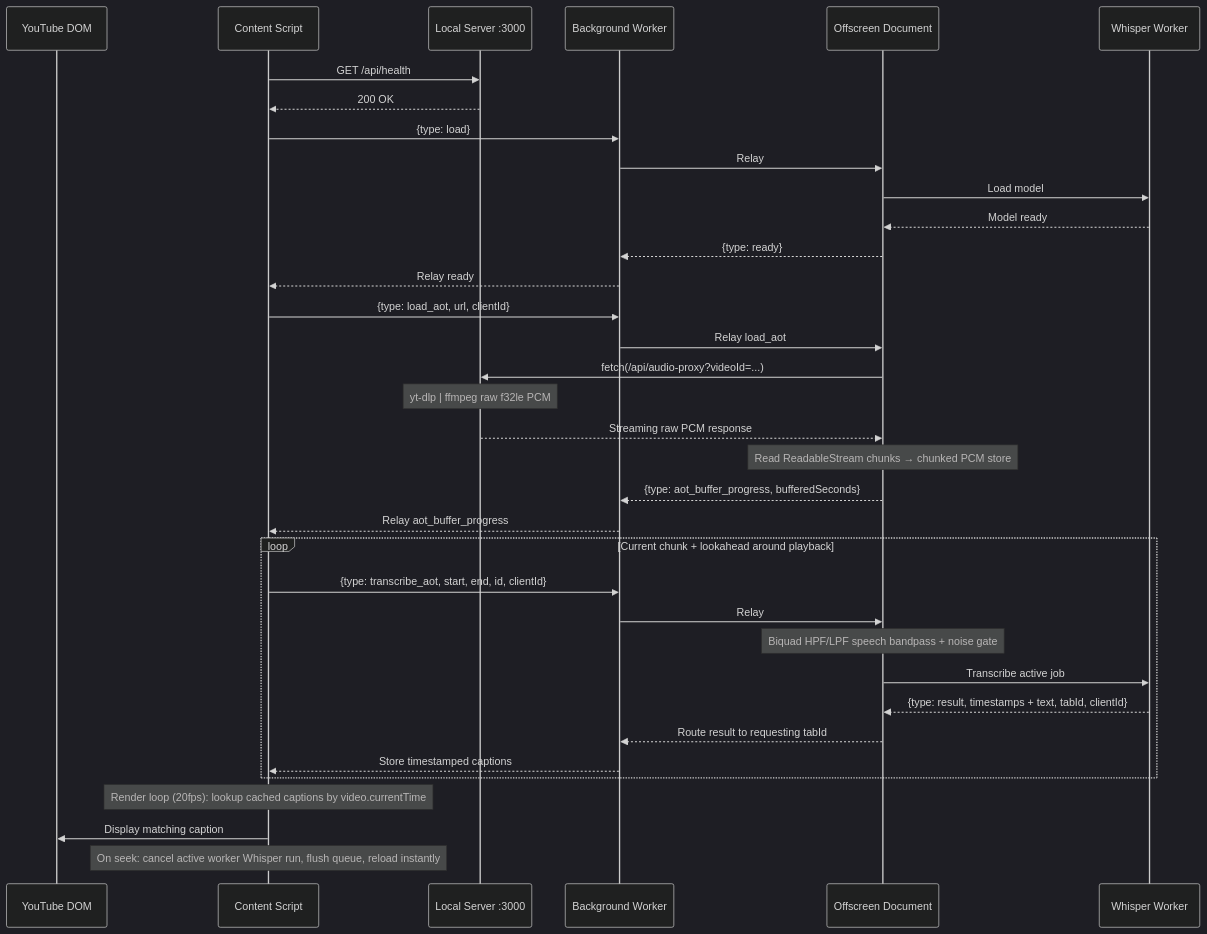
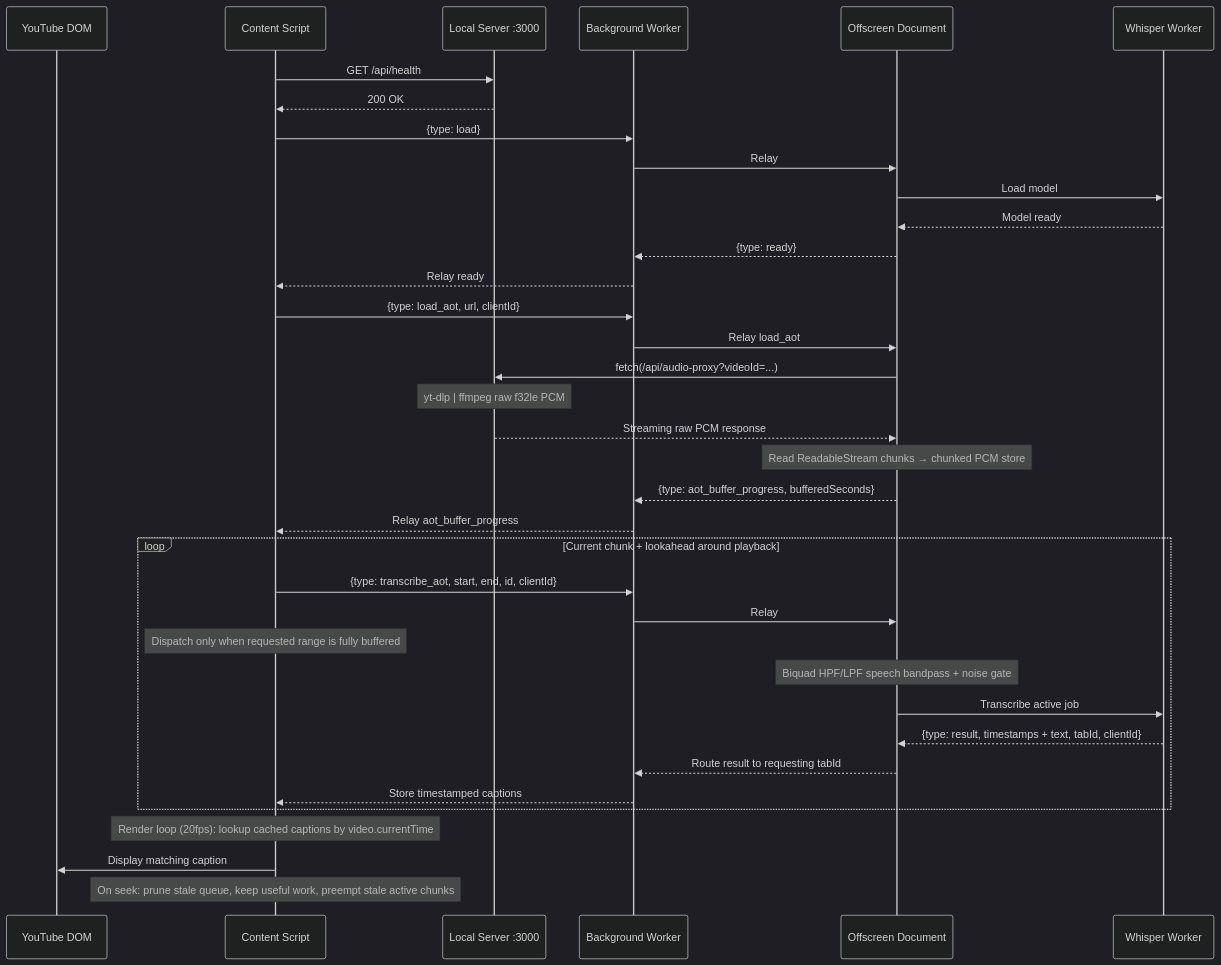
The second of 2 diagrams in README.md (pranansh-s/mute.ly), drawn with Mermaid (dark theme) before and after one commit. The commit also changed other lines of this file and 7 other files, not shown here.

Commit message:
optimize VOD AOT pipeline with seek-aware chunk keying, worker job preservation, typed worker interfaces, and README banner

````diff
--- a/README.md
+++ b/README.md
@@ -107,42 +114,43 @@
 ```mermaid
 sequenceDiagram
     participant YT as YouTube DOM
     participant CS as Content Script
     participant Srv as Local Server :3000
     participant BG as Background Worker
     participant OD as Offscreen Document
     participant WW as Whisper Worker
 
     CS->>Srv: GET /api/health
     Srv-->>CS: 200 OK
 
     CS->>BG: {type: load}
     BG->>OD: Relay
     OD->>WW: Load model
     WW-->>OD: Model ready
     OD-->>BG: {type: ready}
     BG-->>CS: Relay ready
 
     CS->>BG: {type: load_aot, url, clientId}
     BG->>OD: Relay load_aot
     OD->>Srv: fetch(/api/audio-proxy?videoId=...)
     Note over Srv: yt-dlp | ffmpeg raw f32le PCM
     Srv-->>OD: Streaming raw PCM response
     Note over OD: Read ReadableStream chunks → chunked PCM store
     OD-->>BG: {type: aot_buffer_progress, bufferedSeconds}
     BG-->>CS: Relay aot_buffer_progress
     
     loop Current chunk + lookahead around playback
         CS->>BG: {type: transcribe_aot, start, end, id, clientId}
         BG->>OD: Relay
+        Note over CS: Dispatch only when requested range is fully buffered
         Note over OD: Biquad HPF/LPF speech bandpass + noise gate
         OD->>WW: Transcribe active job
         WW-->>OD: {type: result, timestamps + text, tabId, clientId}
         OD-->>BG: Route result to requesting tabId
         BG-->>CS: Store timestamped captions
     end
 
     Note over CS: Render loop (20fps): lookup cached captions by video.currentTime
     CS->>YT: Display matching caption
-    Note over CS: On seek: cancel active worker Whisper run, flush queue, reload instantly
+    Note over CS: On seek: prune stale queue, keep useful work, preempt stale active chunks
 ```
````
